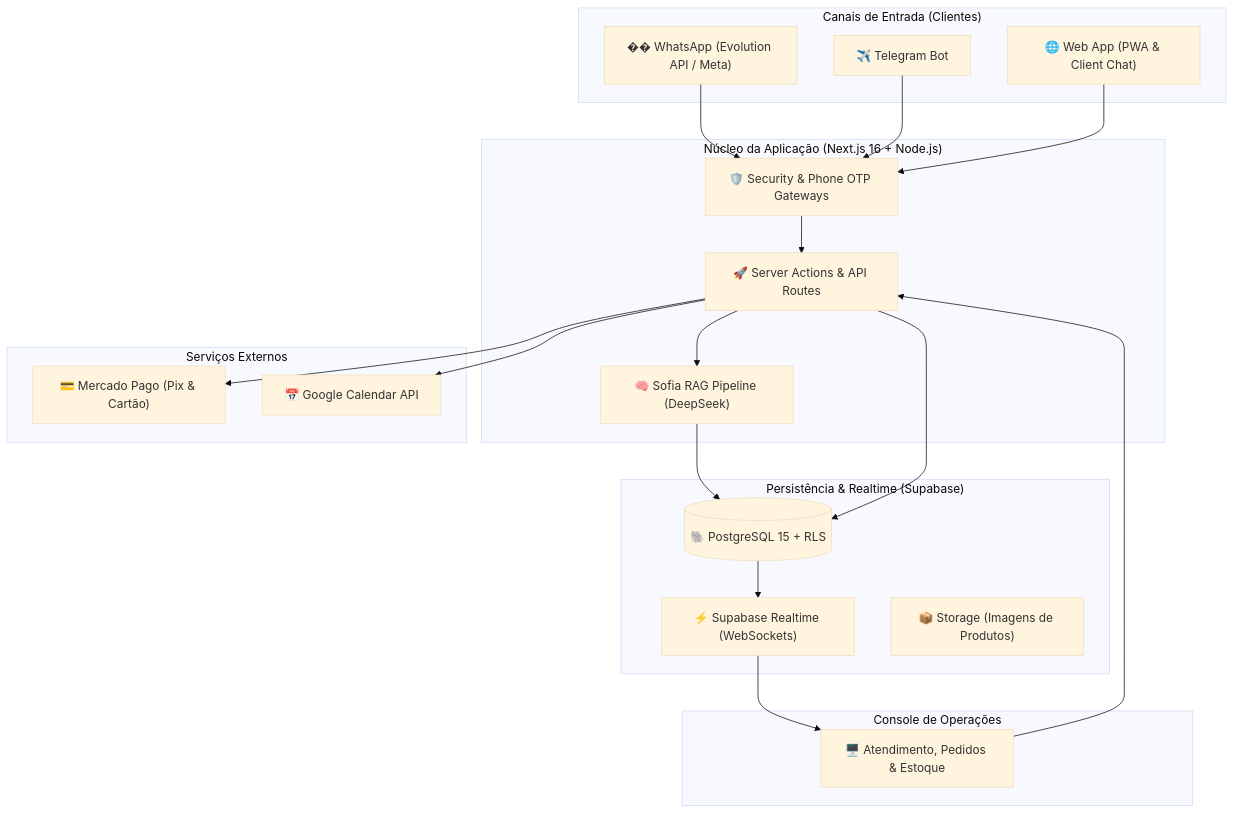
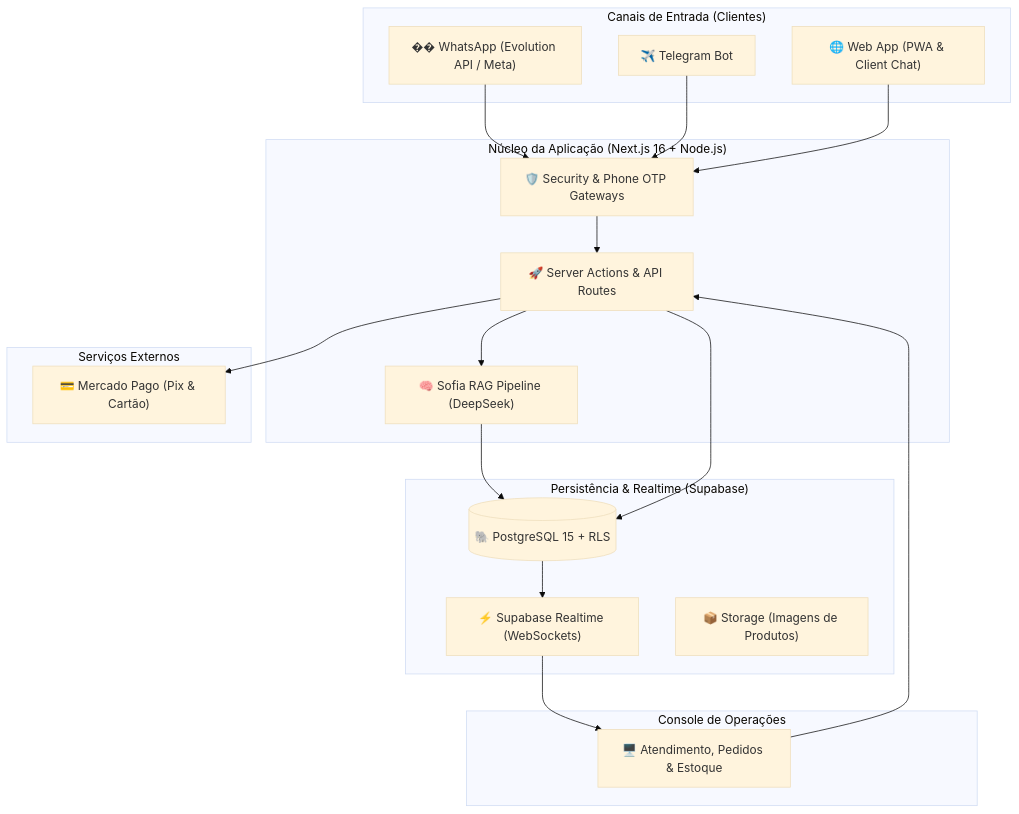
Before and after one commit to wilkinbarban/CRM_Sofia_Manager: the diagram in README.md, drawn with Mermaid (base theme). The commit also changed other lines of this file and 10 other files, not shown here.

````diff
--- a/README.md
+++ b/README.md
@@ -49,42 +49,40 @@
 ```mermaid
 flowchart TD
     subgraph Canais["Canais de Entrada (Clientes)"]
         WA["�� WhatsApp (Evolution API / Meta)"]
         TG["✈️ Telegram Bot"]
         WEB["🌐 Web App (PWA & Client Chat)"]
     end
 
     subgraph Core["Núcleo da Aplicação (Next.js 16 + Node.js)"]
         SRV["🚀 Server Actions & API Routes"]
         RAG["🧠 Sofia RAG Pipeline (DeepSeek)"]
         SEC["🛡️ Security & Phone OTP Gateways"]
     end
 
     subgraph Data["Persistência & Realtime (Supabase)"]
         DB[("🐘 PostgreSQL 15 + RLS")]
         RT["⚡ Supabase Realtime (WebSockets)"]
         STG["📦 Storage (Imagens de Produtos)"]
     end
 
     subgraph Integracoes["Serviços Externos"]
         MP["💳 Mercado Pago (Pix & Cartão)"]
-        GCAL["📅 Google Calendar API"]
     end
 
     subgraph Operador["Console de Operações"]
         DASH["🖥️ Atendimento, Pedidos & Estoque"]
     end
 
     WA --> SEC
     TG --> SEC
     WEB --> SEC
     SEC --> SRV
     SRV --> RAG
     RAG --> DB
     SRV --> DB
     DB --> RT
     RT --> DASH
     SRV --> MP
-    SRV --> GCAL
     DASH --> SRV
 ```
````
